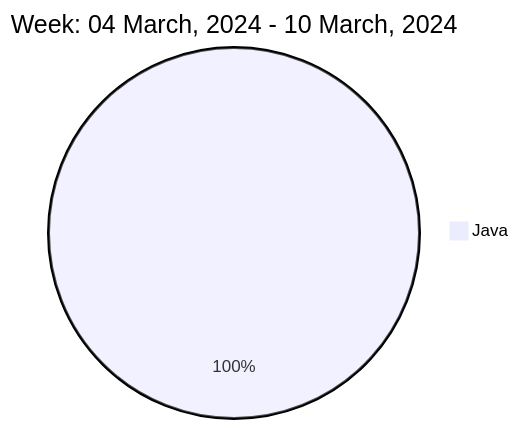
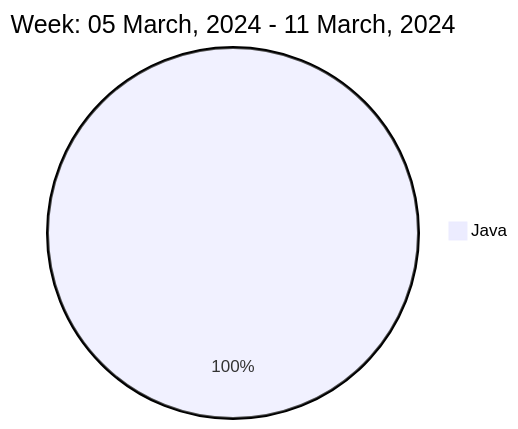
One commit to liubin95/liubin95 changed the diagram in README.md. Above: the diagram before and after it, drawn with Mermaid.

Commit message:
Updated the Graph with new Metrics

````diff
--- a/README.md
+++ b/README.md
@@ -37,5 +37,5 @@
 ```mermaid
  pie
-title Week: 04 March, 2024 - 10 March, 2024
- "Java" : 6.35
+title Week: 05 March, 2024 - 11 March, 2024
+ "Java" : 4.03
 ```
````
